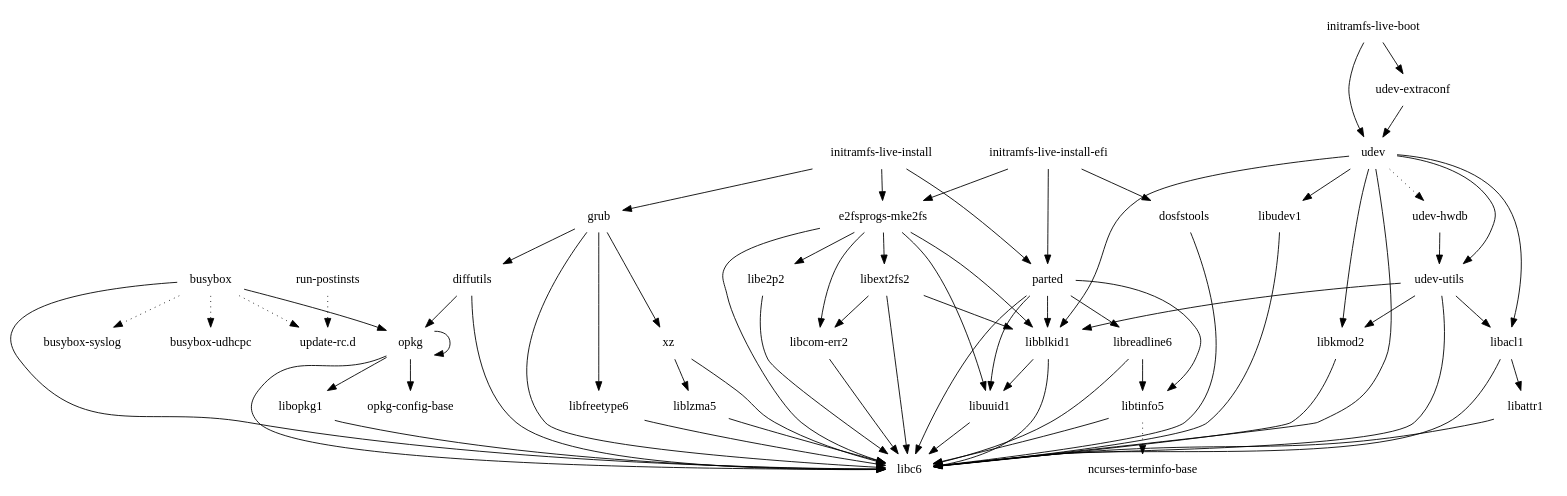
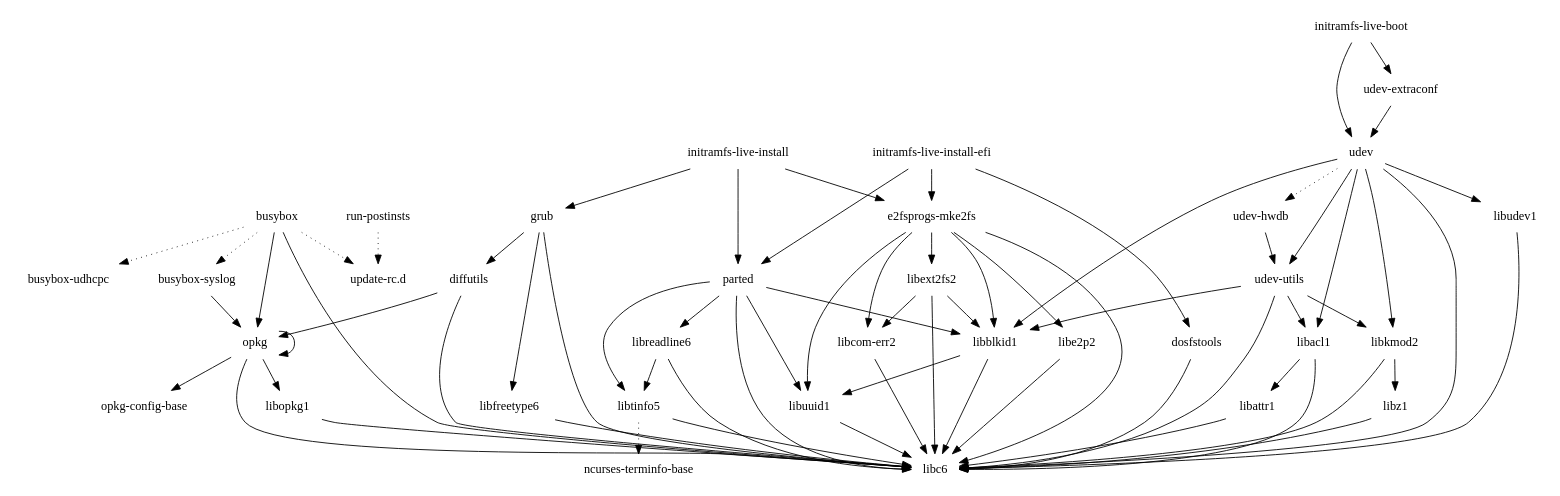
Before and after one commit to Angstrom-distribution/buildhistory: the diagram in images/fri2/eglibc/core-image-minimal-initramfs/depends.dot, drawn with Graphviz. The commit also changed 20 other files, not shown here.

```diff
--- a/images/fri2/eglibc/core-image-minimal-initramfs/depends.dot
+++ b/images/fri2/eglibc/core-image-minimal-initramfs/depends.dot
@@ -1,74 +1,73 @@
 digraph depends {
     node [shape=plaintext]
 "busybox" -> "busybox-syslog" [style=dotted];
 "busybox" -> "busybox-udhcpc" [style=dotted];
 "busybox" -> "libc6";
 "busybox" -> "opkg";
 "busybox" -> "update-rc.d" [style=dotted];
+"busybox-syslog" -> "opkg";
 "diffutils" -> "libc6";
 "diffutils" -> "opkg";
 "dosfstools" -> "libc6";
 "e2fsprogs-mke2fs" -> "libblkid1";
 "e2fsprogs-mke2fs" -> "libc6";
 "e2fsprogs-mke2fs" -> "libcom-err2";
 "e2fsprogs-mke2fs" -> "libe2p2";
 "e2fsprogs-mke2fs" -> "libext2fs2";
 "e2fsprogs-mke2fs" -> "libuuid1";
 "grub" -> "diffutils";
 "grub" -> "libc6";
 "grub" -> "libfreetype6";
-"grub" -> "xz";
 "initramfs-live-boot" -> "udev";
 "initramfs-live-boot" -> "udev-extraconf";
 "initramfs-live-install" -> "e2fsprogs-mke2fs";
 "initramfs-live-install" -> "grub";
 "initramfs-live-install" -> "parted";
 "initramfs-live-install-efi" -> "dosfstools";
 "initramfs-live-install-efi" -> "e2fsprogs-mke2fs";
 "initramfs-live-install-efi" -> "parted";
 "libacl1" -> "libattr1";
 "libacl1" -> "libc6";
 "libattr1" -> "libc6";
 "libblkid1" -> "libc6";
 "libblkid1" -> "libuuid1";
 "libcom-err2" -> "libc6";
 "libe2p2" -> "libc6";
 "libext2fs2" -> "libblkid1";
 "libext2fs2" -> "libc6";
 "libext2fs2" -> "libcom-err2";
 "libfreetype6" -> "libc6";
 "libkmod2" -> "libc6";
-"liblzma5" -> "libc6";
+"libkmod2" -> "libz1";
 "libopkg1" -> "libc6";
 "libreadline6" -> "libc6";
 "libreadline6" -> "libtinfo5";
 "libtinfo5" -> "libc6";
 "libtinfo5" -> "ncurses-terminfo-base" [style=dotted];
 "libudev1" -> "libc6";
 "libuuid1" -> "libc6";
+"libz1" -> "libc6";
 "opkg" -> "libc6";
 "opkg" -> "libopkg1";
 "opkg" -> "opkg";
 "opkg" -> "opkg-config-base";
 "parted" -> "libblkid1";
 "parted" -> "libc6";
 "parted" -> "libreadline6";
 "parted" -> "libtinfo5";
 "parted" -> "libuuid1";
 "run-postinsts" -> "update-rc.d" [style=dotted];
 "udev" -> "libacl1";
 "udev" -> "libblkid1";
 "udev" -> "libc6";
 "udev" -> "libkmod2";
 "udev" -> "libudev1";
 "udev" -> "udev-hwdb" [style=dotted];
 "udev" -> "udev-utils";
 "udev-extraconf" -> "udev";
 "udev-hwdb" -> "udev-utils";
 "udev-utils" -> "libacl1";
 "udev-utils" -> "libblkid1";
 "udev-utils" -> "libc6";
 "udev-utils" -> "libkmod2";
-"xz" -> "libc6";
-"xz" -> "liblzma5";
 }
```
